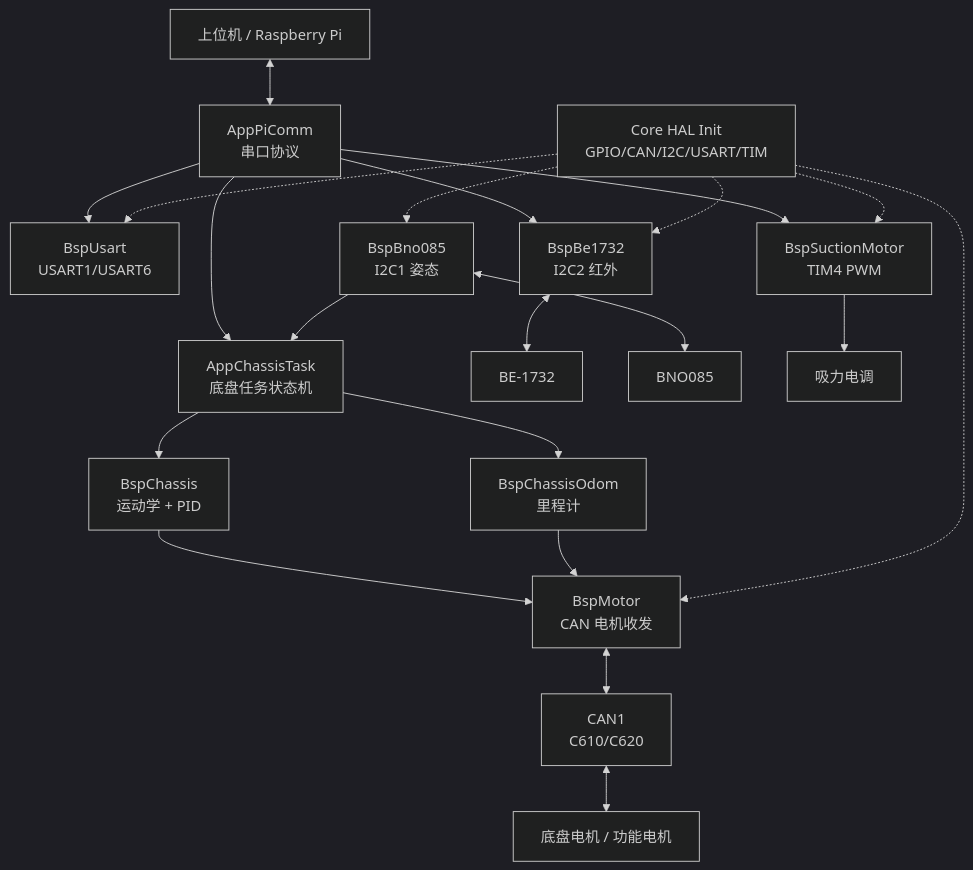
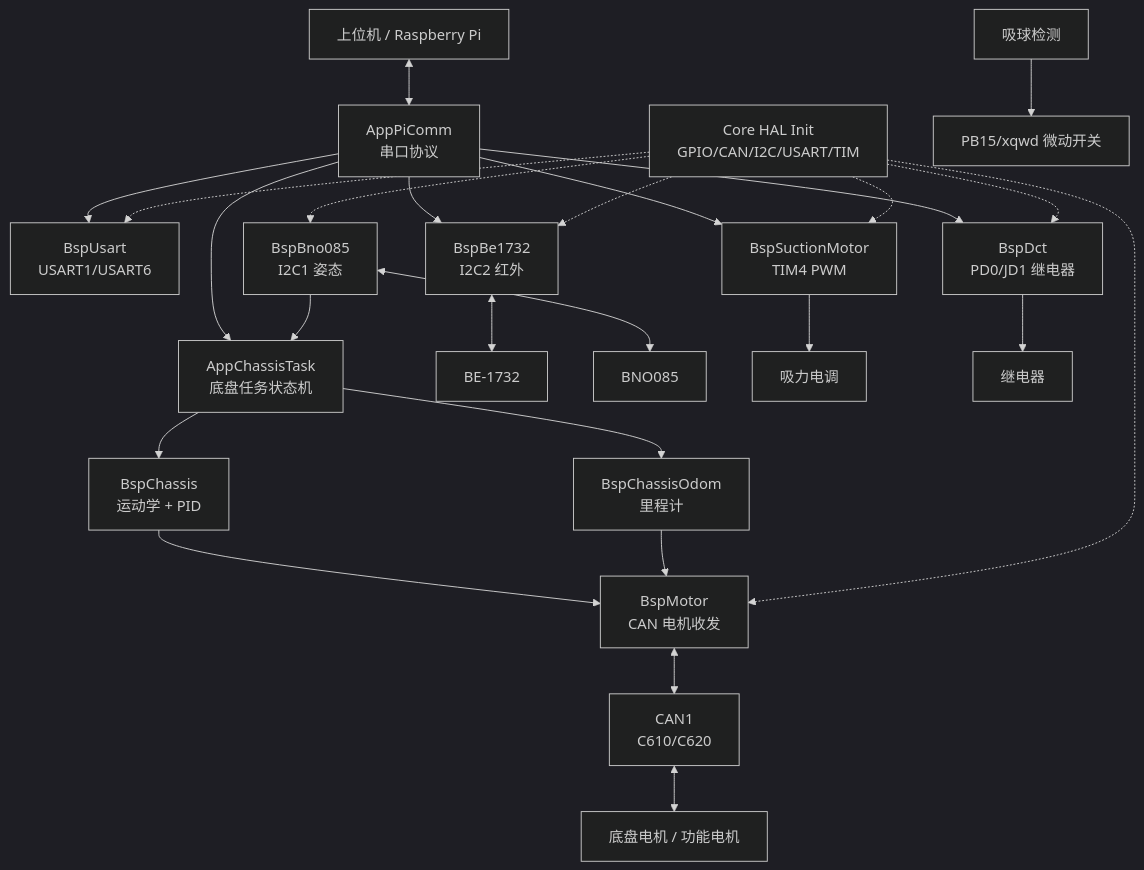
The first of 13 diagrams in docs/CODE_LOGIC.md (2008Terry/RCJ2026-upper-computer), drawn with Mermaid (dark theme) before and after one commit. The commit also changed other lines of this file and 13 other files, not shown here.

````diff
--- a/docs/CODE_LOGIC.md
+++ b/docs/CODE_LOGIC.md
@@ -17,40 +17,45 @@
 ```mermaid
 flowchart TB
     Host["上位机 / Raspberry Pi"]
     AppPi["AppPiComm\n串口协议"]
     AppChassis["AppChassisTask\n底盘任务状态机"]
     Core["Core HAL Init\nGPIO/CAN/I2C/USART/TIM"]
     Usart["BspUsart\nUSART1/USART6"]
     Motor["BspMotor\nCAN 电机收发"]
     Chassis["BspChassis\n运动学 + PID"]
     Odom["BspChassisOdom\n里程计"]
     Imu["BspBno085\nI2C1 姿态"]
     Infra["BspBe1732\nI2C2 红外"]
     Suck["BspSuctionMotor\nTIM4 PWM"]
+    Dct["BspDct\nPD0/JD1 继电器"]
     CanBus["CAN1\nC610/C620"]
     Motors["底盘电机 / 功能电机"]
     Be1732["BE-1732"]
     Bno085["BNO085"]
     Esc["吸力电调"]
 
     Host <--> AppPi
     AppPi --> AppChassis
     AppPi --> Infra
     AppPi --> Suck
+    AppPi --> Dct
     AppPi --> Usart
     AppChassis --> Chassis
     AppChassis --> Odom
     Imu --> AppChassis
     Chassis --> Motor
     Odom --> Motor
     Motor <--> CanBus
     CanBus <--> Motors
     Infra <--> Be1732
     Imu <--> Bno085
     Suck --> Esc
+    SuckDetect["吸球检测"] --> Switch["PB15/xqwd 微动开关"]
+    Dct --> Relay["继电器"]
     Core -.-> Usart
     Core -.-> Motor
     Core -.-> Infra
     Core -.-> Imu
     Core -.-> Suck
+    Core -.-> Dct
 ```
````
